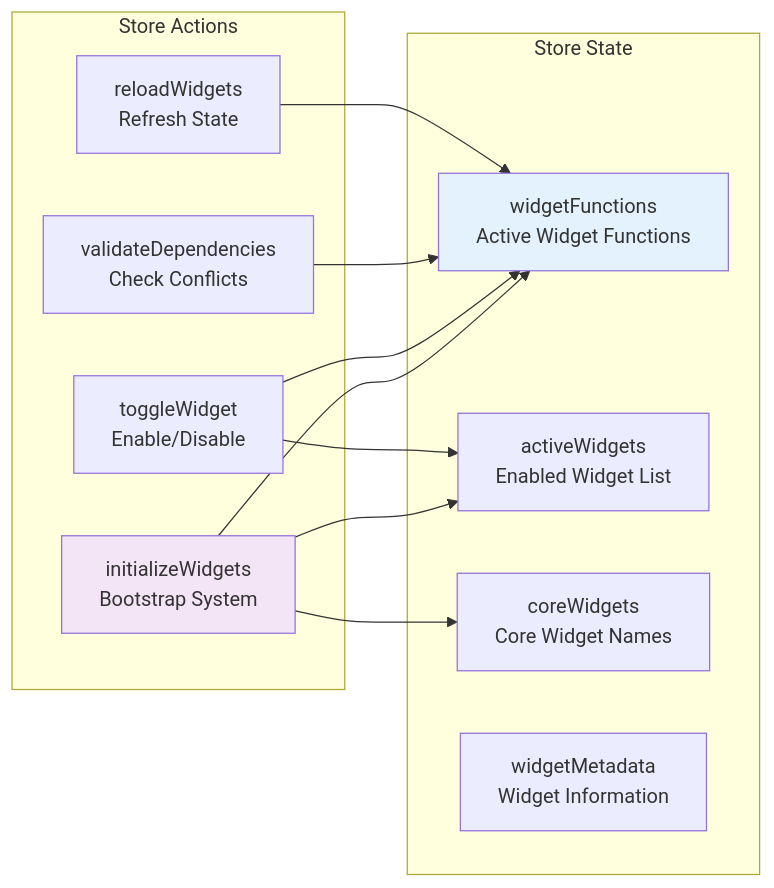
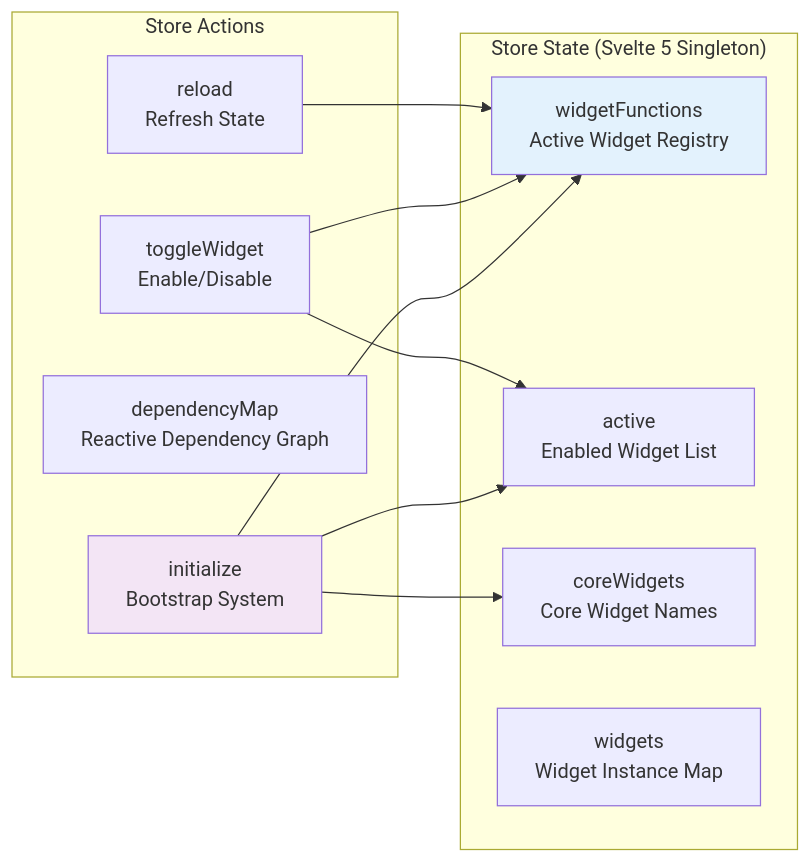
The fourth of 11 diagrams in docs/widgets/widget-architecture.mdx (SveltyCMS/SveltyCMS), drawn with Mermaid before and after one commit. The commit also changed other lines of this file and 193 other files, not shown here.

````diff
--- a/docs/widgets/widget-architecture.mdx
+++ b/docs/widgets/widget-architecture.mdx
@@ -208,27 +210,26 @@
 ```mermaid
 graph LR
-    subgraph "Store State"
-        WF[widgetFunctions<br/>Active Widget Functions]
-        AW[activeWidgets<br/>Enabled Widget List]
+    subgraph "Store State (Svelte 5 Singleton)"
+        WF[widgetFunctions<br/>Active Widget Registry]
+        AW[active<br/>Enabled Widget List]
         CW[coreWidgets<br/>Core Widget Names]
-        WM[widgetMetadata<br/>Widget Information]
+        WM[widgets<br/>Widget Instance Map]
     end
 
     subgraph "Store Actions"
-        INIT[initializeWidgets<br/>Bootstrap System]
+        INIT[initialize<br/>Bootstrap System]
         TOGGLE[toggleWidget<br/>Enable/Disable]
-        DEPS[validateDependencies<br/>Check Conflicts]
-        RELOAD[reloadWidgets<br/>Refresh State]
+        DEPS[dependencyMap<br/>Reactive Dependency Graph]
+        RELOAD[reload<br/>Refresh State]
     end
 
     INIT --> WF
     INIT --> AW
     INIT --> CW
     TOGGLE --> WF
     TOGGLE --> AW
-    DEPS --> WF
     RELOAD --> WF
 
     style WF fill:#e3f2fd
     style INIT fill:#f3e5f5
 ```
````
